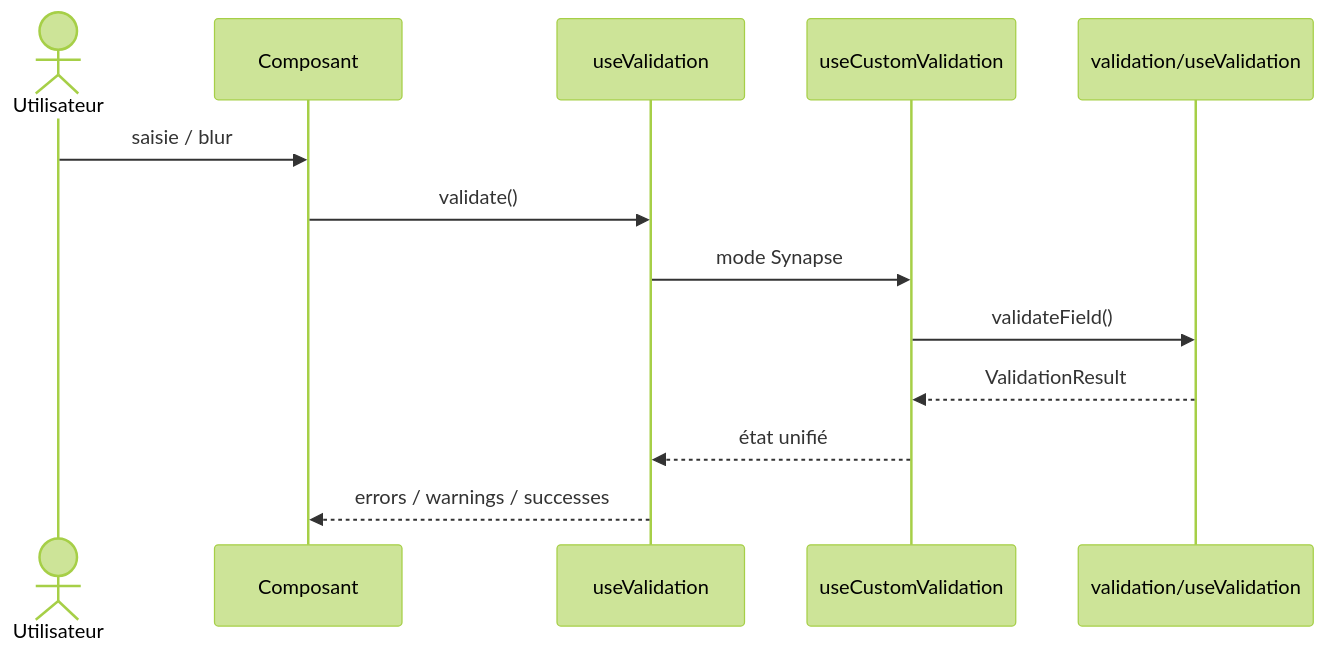
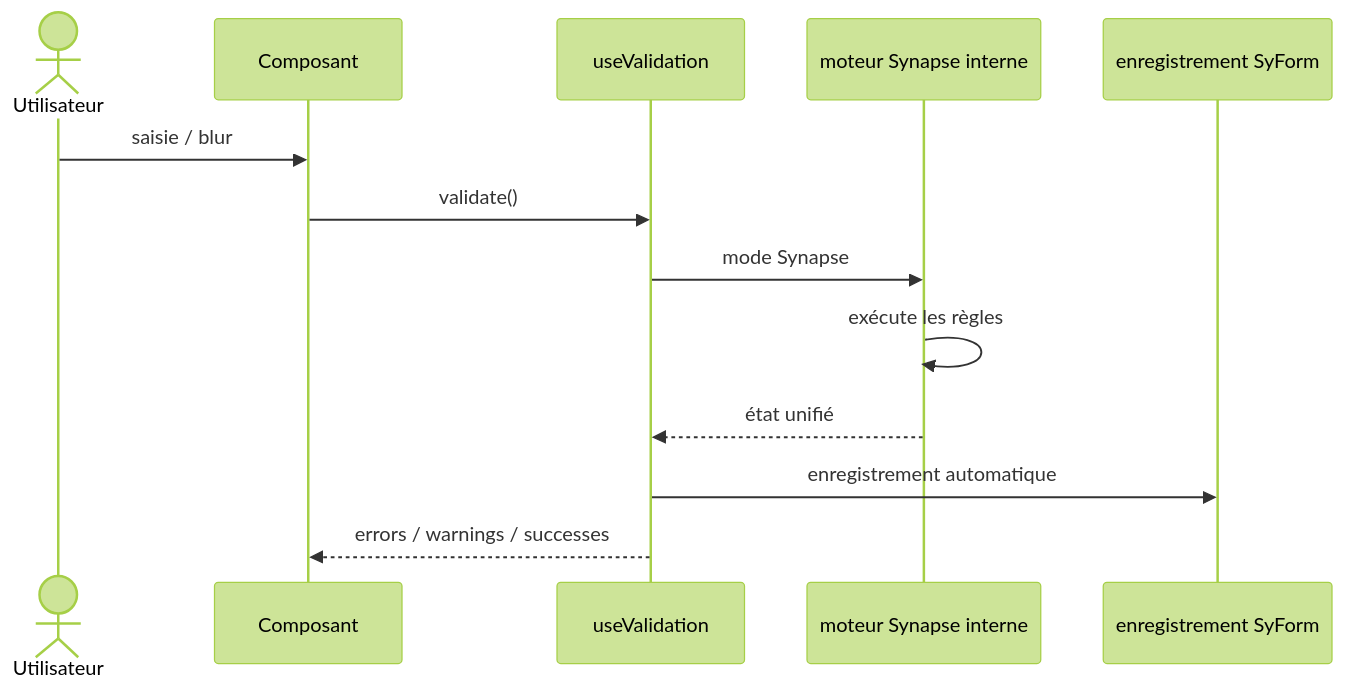
The diagram in doc/Validation/validation-synapse.md (assurance-maladie-digital/design-system-v3), drawn with Mermaid (forest theme) before and after one commit. The commit also changed other lines of this file and 8 other files, not shown here.

````diff
--- a/doc/Validation/validation-synapse.md
+++ b/doc/Validation/validation-synapse.md
@@ -35,16 +36,16 @@
 ```mermaid
 sequenceDiagram
     actor U as Utilisateur
     participant C as Composant
     participant UV as useValidation
-    participant CV as useCustomValidation
-    participant L as validation/useValidation
+    participant CV as moteur Synapse interne
+    participant F as enregistrement SyForm
 
     U->>C: saisie / blur
     C->>UV: validate()
     UV->>CV: mode Synapse
-    CV->>L: validateField()
-    L-->>CV: ValidationResult
+    CV->>CV: exécute les règles
     CV-->>UV: état unifié
+    UV->>F: enregistrement automatique
     UV-->>C: errors / warnings / successes
 ```
````
